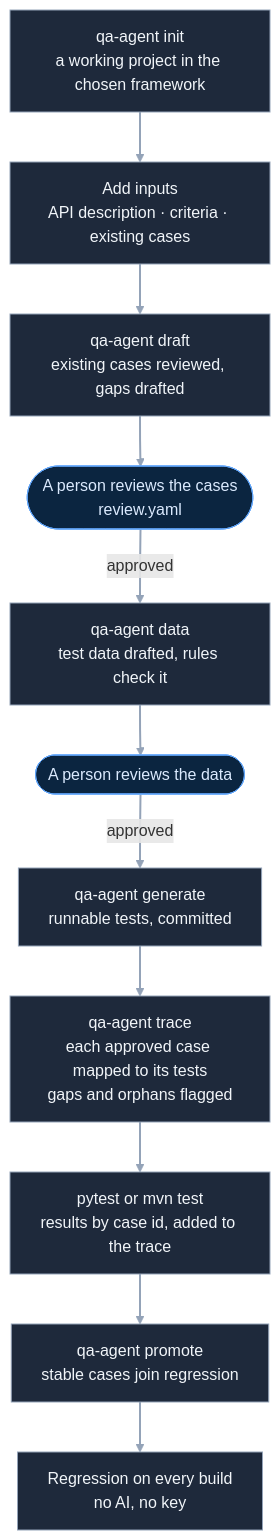
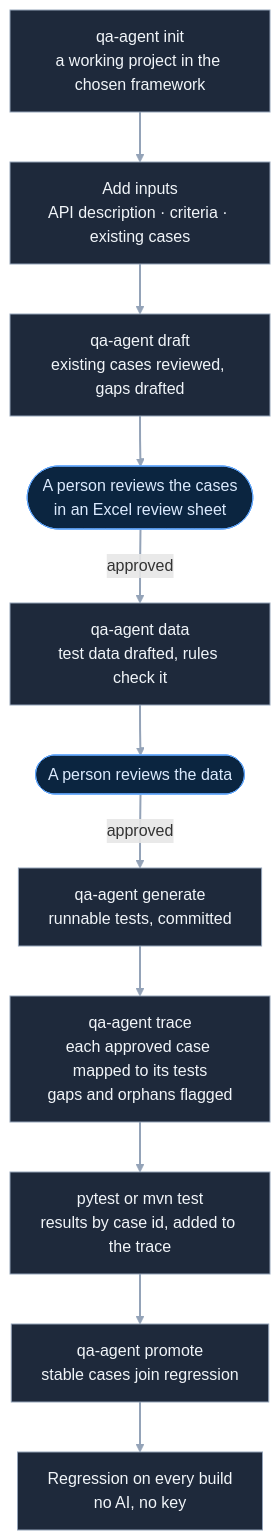
One commit to rahulsharma-qe/api-qa-agent changed the third of 5 diagrams in docs/architecture.md. Above: the diagram before and after it, drawn with Mermaid. The commit also changed other lines of this file and 2 other files, not shown here.

Commit message:
Design for QA teams: TestNG, Allure, an Excel review sheet, smoke and priority, evidence, retry, Postman import, Cucumber in phase 3c

````diff
--- a/docs/architecture.md
+++ b/docs/architecture.md
@@ -157,18 +157,18 @@
 ```mermaid
 flowchart TB
   A["qa-agent init<br/>a working project in the chosen framework"] --> B["Add inputs<br/>API description · criteria · existing cases"]
   B --> C["qa-agent draft<br/>existing cases reviewed, gaps drafted"]
-  C --> D(["A person reviews the cases<br/>review.yaml"])
+  C --> D(["A person reviews the cases<br/>in an Excel review sheet"])
   D -->|"approved"| E["qa-agent data<br/>test data drafted, rules check it"]
   E --> F(["A person reviews the data"])
   F -->|"approved"| G["qa-agent generate<br/>runnable tests, committed"]
   G --> T["qa-agent trace<br/>each approved case mapped to its tests<br/>gaps and orphans flagged"]
   T --> H["pytest or mvn test<br/>results by case id, added to the trace"]
   H --> I["qa-agent promote<br/>stable cases join regression"]
   I --> J["Regression on every build<br/>no AI, no key"]
   classDef box fill:#1e293b,stroke:#94a3b8,color:#f1f5f9
   classDef person fill:#0b2540,stroke:#60a5fa,color:#dbeafe
   class A,B,C,E,G,T,H,I,J box
   class D,F person
   linkStyle default stroke:#94a3b8,stroke-width:2px
 ```
````
